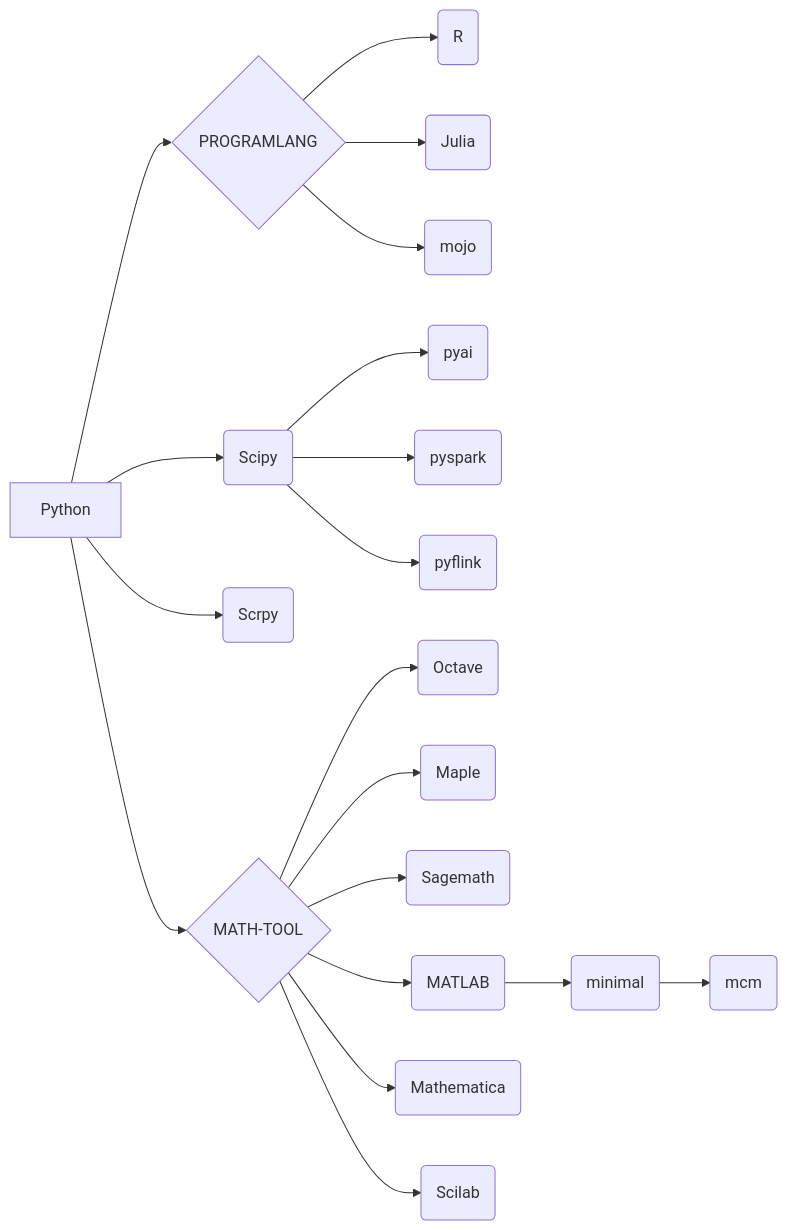
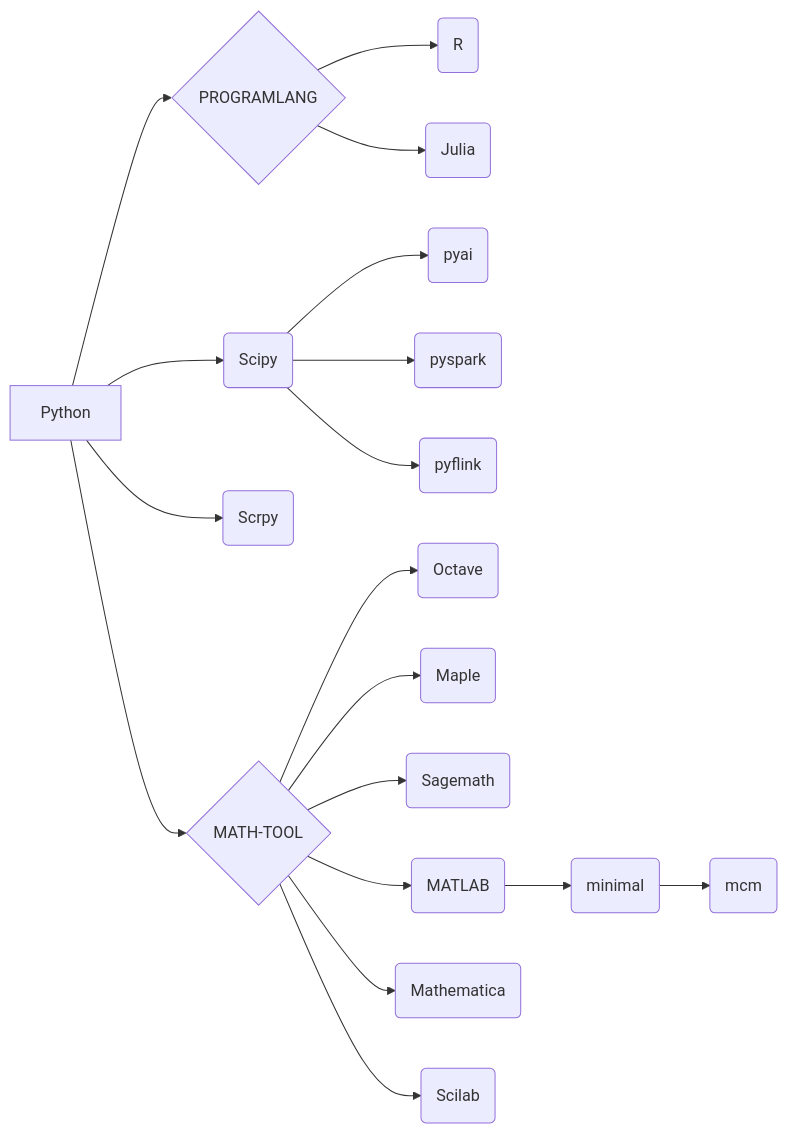
One commit to ben0i0d/jupyter changed the diagram in README.md. Above: the diagram before and after it, drawn with Mermaid. The commit also changed other lines of this file and 28 other files, not shown here.

````diff
--- a/README.md
+++ b/README.md
@@ -72,18 +78,17 @@
 ```mermaid
 graph LR
 Python-->PROGRAM{PROGRAMLANG}
 PROGRAM-->PB(R)
 PROGRAM-->PC(Julia)
-PROGRAM-->PR(mojo)
 Python-->PRA(Scipy)
 Python-->PRB(Scrpy)
 PRA-->PRAA(pyai)
 PRA-->PRAB(pyspark)
 PRA-->PRAC(pyflink)
 Python-->MATH{MATH-TOOL}-->MA(Octave)
 MATH-->MB(Maple)
 MATH-->MC(Sagemath)
 MATH-->MD(MATLAB)-->MDA(minimal)-->MDAA(mcm)
 MATH-->ME(Mathematica)
 MATH-->MF(Scilab)
 ```
````
